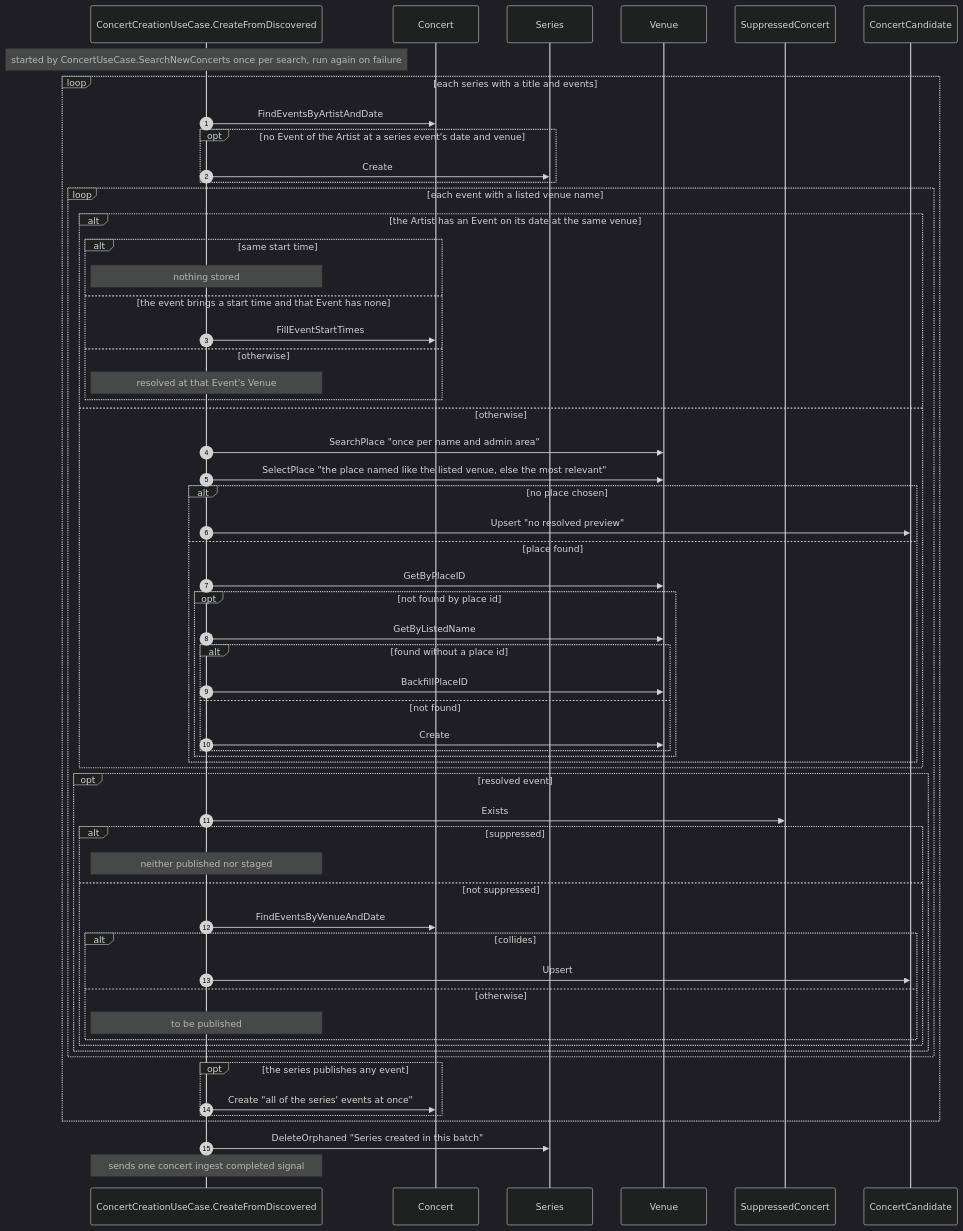
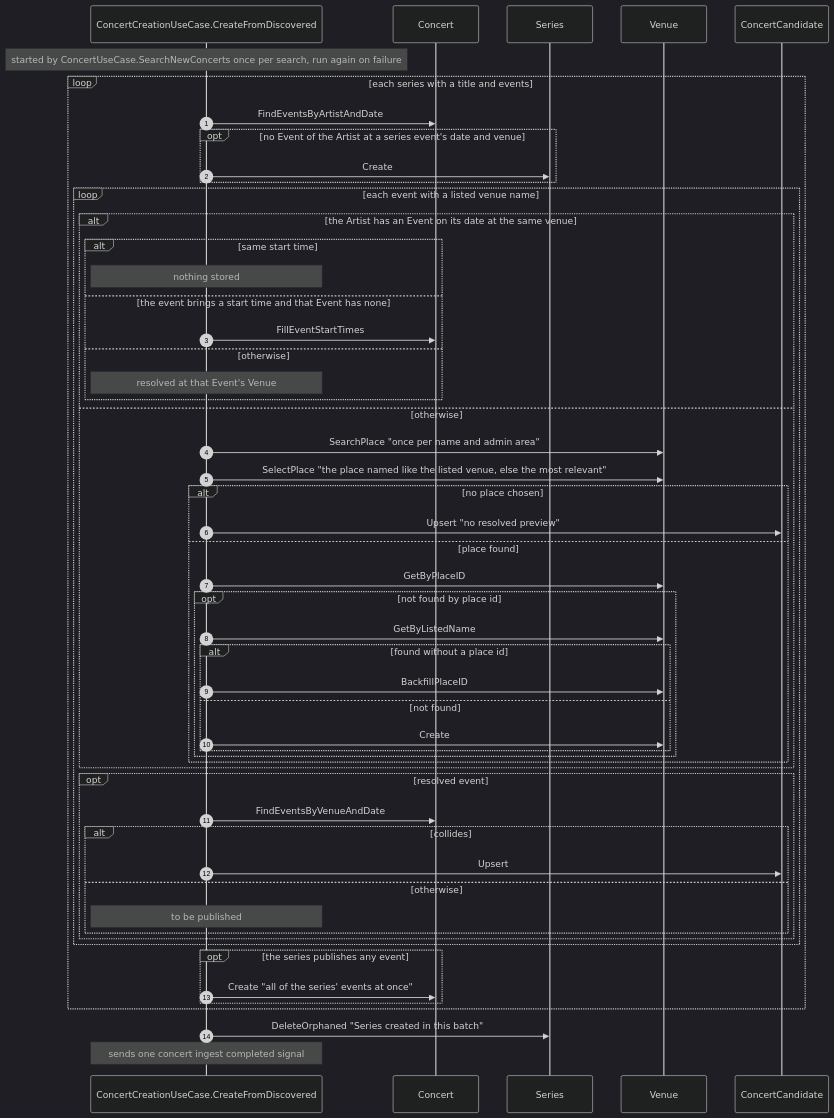
Before and after one commit to liverty-music/specification: the diagram in openspec/specs/components/usecase/concert/create-from-discovered/spec.md, drawn with Mermaid (dark theme). The commit also changed other lines of this file and 37 other files, not shown here.

````diff
--- a/openspec/specs/components/usecase/concert/create-from-discovered/spec.md
+++ b/openspec/specs/components/usecase/concert/create-from-discovered/spec.md
@@ -7,62 +7,56 @@
 ```mermaid
 sequenceDiagram
 autonumber
 participant UC as ConcertCreationUseCase.CreateFromDiscovered
 participant Concert
 participant Series
 participant Venue
-participant SuppressedConcert
 participant ConcertCandidate
 Note over UC: started by ConcertUseCase.SearchNewConcerts once per search, run again on failure
 loop each series with a title and events
   UC->>Concert: FindEventsByArtistAndDate
   opt no Event of the Artist at a series event's date and venue
     UC->>Series: Create
   end
   loop each event with a listed venue name
     alt the Artist has an Event on its date at the same venue
       alt same start time
         Note over UC: nothing stored
       else the event brings a start time and that Event has none
         UC->>Concert: FillEventStartTimes
       else otherwise
         Note over UC: resolved at that Event's Venue
       end
     else otherwise
       UC->>Venue: SearchPlace "once per name and admin area"
       UC->>Venue: SelectPlace "the place named like the listed venue, else the most relevant"
       alt no place chosen
         UC->>ConcertCandidate: Upsert "no resolved preview"
       else place found
         UC->>Venue: GetByPlaceID
         opt not found by place id
           UC->>Venue: GetByListedName
           alt found without a place id
             UC->>Venue: BackfillPlaceID
           else not found
             UC->>Venue: Create
           end
         end
       end
     end
     opt resolved event
-      UC->>SuppressedConcert: Exists
-      alt suppressed
-        Note over UC: neither published nor staged
-      else not suppressed
-        UC->>Concert: FindEventsByVenueAndDate
-        alt collides
-          UC->>ConcertCandidate: Upsert
-        else otherwise
-          Note over UC: to be published
-        end
+      UC->>Concert: FindEventsByVenueAndDate
+      alt collides
+        UC->>ConcertCandidate: Upsert
+      else otherwise
+        Note over UC: to be published
       end
     end
   end
   opt the series publishes any event
     UC->>Concert: Create "all of the series' events at once"
   end
 end
 UC->>Series: DeleteOrphaned "Series created in this batch"
 Note over UC: sends one concert ingest completed signal
 ```
````
